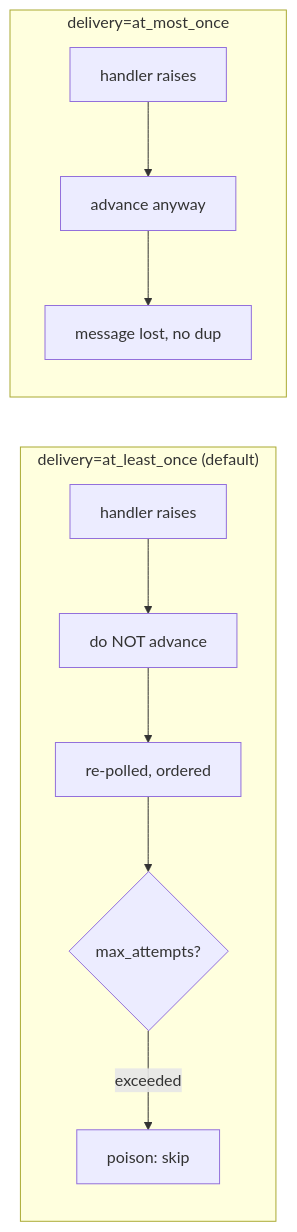
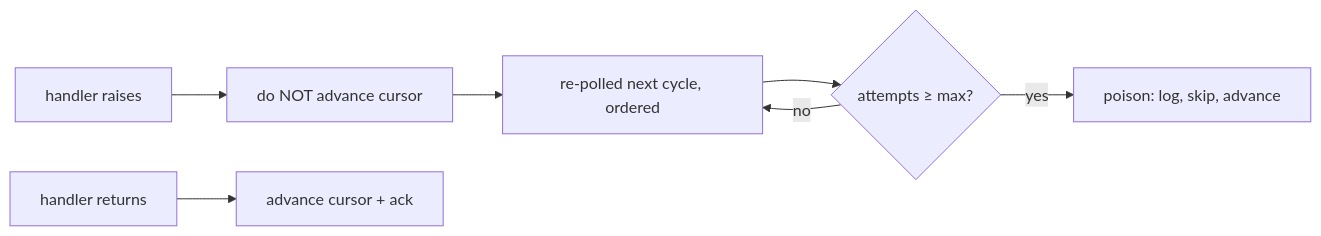
One commit to junsik/python-daouoffice-bot changed the fifth of 5 diagrams in docs/ARCHITECTURE.md. Above: the diagram before and after it, drawn with Mermaid. The commit also changed other lines of this file and 6 other files, not shown here.

First line of the commit message:
Drop the delivery knob — fix at-least-once (follow the standard)

````diff
--- a/docs/ARCHITECTURE.md
+++ b/docs/ARCHITECTURE.md
@@ -133,12 +135,8 @@
 ```mermaid
 flowchart LR
-    subgraph at_least_once["delivery=at_least_once (default)"]
-      direction TB
-      a1[handler raises] --> a2[do NOT advance] --> a3[re-polled, ordered] --> a4{max_attempts?}
-      a4 -- exceeded --> a5[poison: skip]
-    end
-    subgraph at_most_once["delivery=at_most_once"]
-      direction TB
-      b1[handler raises] --> b2[advance anyway] --> b3[message lost, no dup]
-    end
+    h[handler raises] --> a[do NOT advance cursor]
+    a --> r[re-polled next cycle, ordered] --> q{attempts &ge; max?}
+    q -- no --> r
+    q -- yes --> p[poison: log, skip, advance]
+    ok[handler returns] --> adv[advance cursor + ack]
 ```
````
